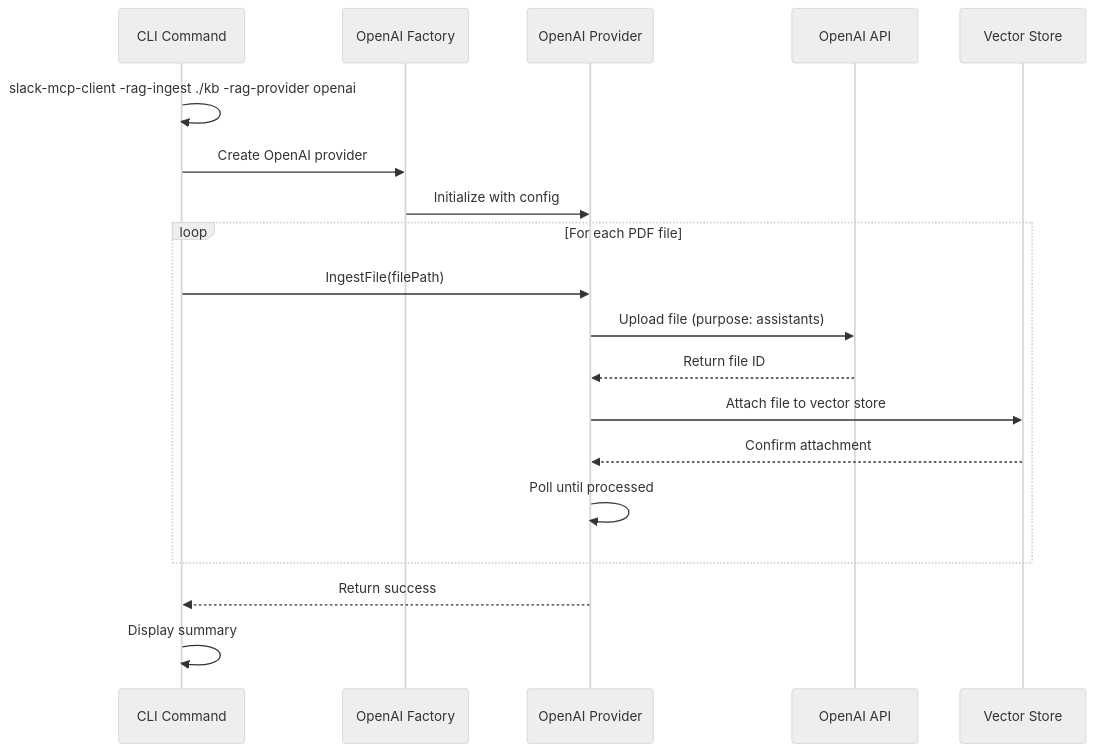
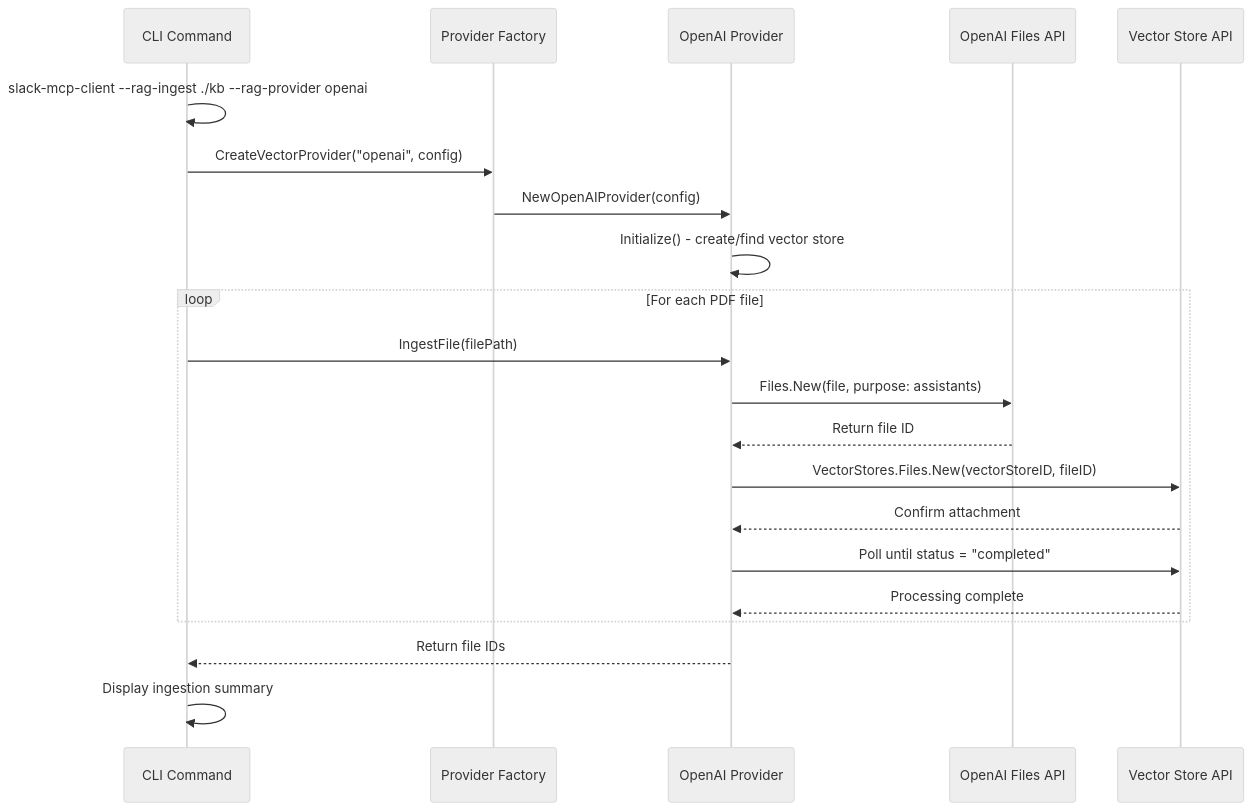
The third of 4 diagrams in docs/rag-openai.md (tuannvm/slack-mcp-client), drawn with Mermaid (neutral theme) before and after one commit. The commit also changed other lines of this file and 1 other file, not shown here.

Commit message:
docs(rag-json): update RAG implementation details and simplify

````diff
--- a/docs/rag-openai.md
+++ b/docs/rag-openai.md
@@ -271,24 +259,26 @@
 ```mermaid
 sequenceDiagram
     participant CLI as CLI Command
-    participant OF as OpenAI Factory
+    participant Factory as Provider Factory
     participant OP as OpenAI Provider
-    participant API as OpenAI API
-    participant VS as Vector Store
+    participant API as OpenAI Files API
+    participant VS as Vector Store API
     
-    CLI->>CLI: slack-mcp-client -rag-ingest ./kb -rag-provider openai
-    CLI->>OF: Create OpenAI provider
-    OF->>OP: Initialize with config
+    CLI->>CLI: slack-mcp-client --rag-ingest ./kb --rag-provider openai
+    CLI->>Factory: CreateVectorProvider("openai", config)
+    Factory->>OP: NewOpenAIProvider(config)
+    OP->>OP: Initialize() - create/find vector store
     
     loop For each PDF file
         CLI->>OP: IngestFile(filePath)
-        OP->>API: Upload file (purpose: assistants)
+        OP->>API: Files.New(file, purpose: assistants)
         API-->>OP: Return file ID
-        OP->>VS: Attach file to vector store
+        OP->>VS: VectorStores.Files.New(vectorStoreID, fileID)
         VS-->>OP: Confirm attachment
-        OP->>OP: Poll until processed
+        OP->>VS: Poll until status = "completed"
+        VS-->>OP: Processing complete
     end
     
-    OP-->>CLI: Return success
-    CLI->>CLI: Display summary
+    OP-->>CLI: Return file IDs
+    CLI->>CLI: Display ingestion summary
 ```
````
